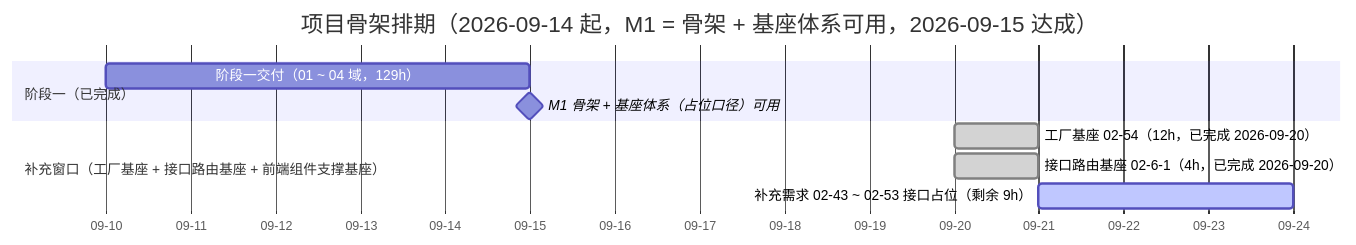
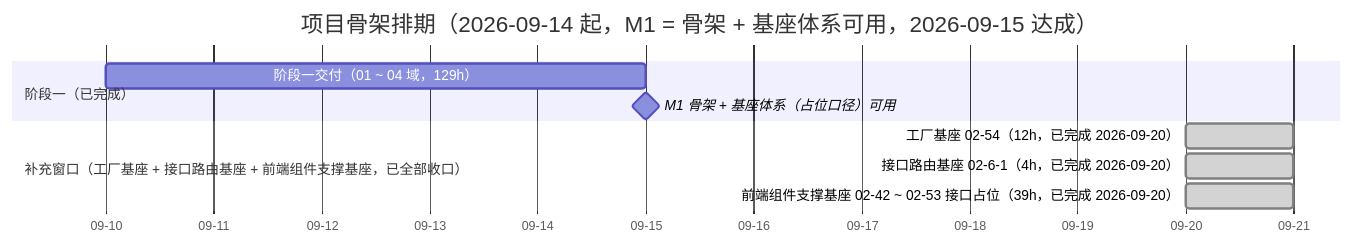
One commit to minjian123/basic-management-system changed the diagram in bms文档/项目/01_项目骨架/计划/01_计划_项目骨架.md. Above: the diagram before and after it, drawn with Mermaid. The commit also changed other lines of this file and 12 other files, not shown here.

Commit message:
docs(02-4-26): 自定义图标与代码校验基座登记回写（基类清单 / 规范 / 架构 / 概要设计 / 组件设计 / 计划 / 需求 / 任务）与实施测试记录

````diff
--- a/bms文档/项目/01_项目骨架/计划/01_计划_项目骨架.md
+++ b/bms文档/项目/01_项目骨架/计划/01_计划_项目骨架.md
@@ -147,13 +149,13 @@
 ```mermaid
 gantt
     title 项目骨架排期（2026-09-14 起，M1 = 骨架 + 基座体系可用，2026-09-15 达成）
     dateFormat  YYYY-MM-DD
     axisFormat %m-%d
     section 阶段一（已完成）
     阶段一交付（01 ~ 04 域，129h） :done1, 2026-09-10, 2026-09-15
     M1 骨架 + 基座体系（占位口径）可用 :milestone, m1, 2026-09-15, 0d
-    section 补充窗口（工厂基座 + 接口路由基座 + 前端组件支撑基座）
+    section 补充窗口（工厂基座 + 接口路由基座 + 前端组件支撑基座，已全部收口）
     工厂基座 02-54（12h，已完成 2026-09-20） :done, fac, 2026-09-20, 1d
     接口路由基座 02-6-1（4h，已完成 2026-09-20） :done, route, 2026-09-20, 1d
-    补充需求 02-43 ~ 02-53 接口占位（剩余 9h） :active, supp, 2026-09-21, 3d
+    前端组件支撑基座 02-42 ~ 02-53 接口占位（39h，已完成 2026-09-20） :done, supp, 2026-09-20, 1d
 ```
````
